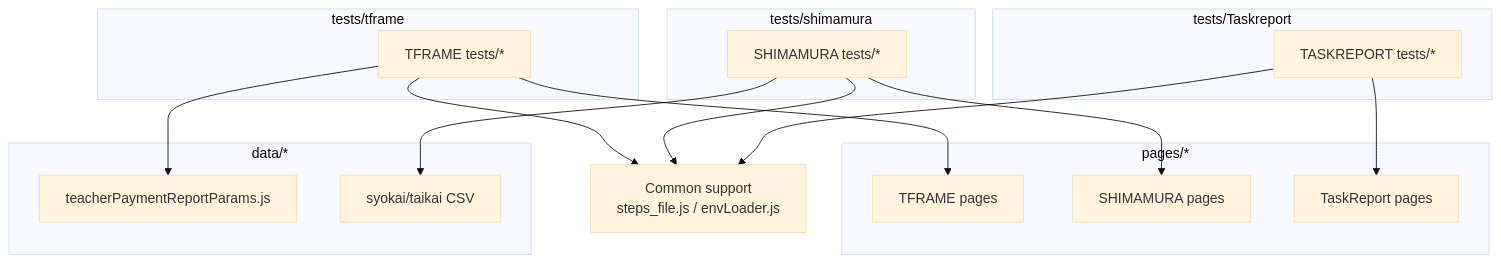
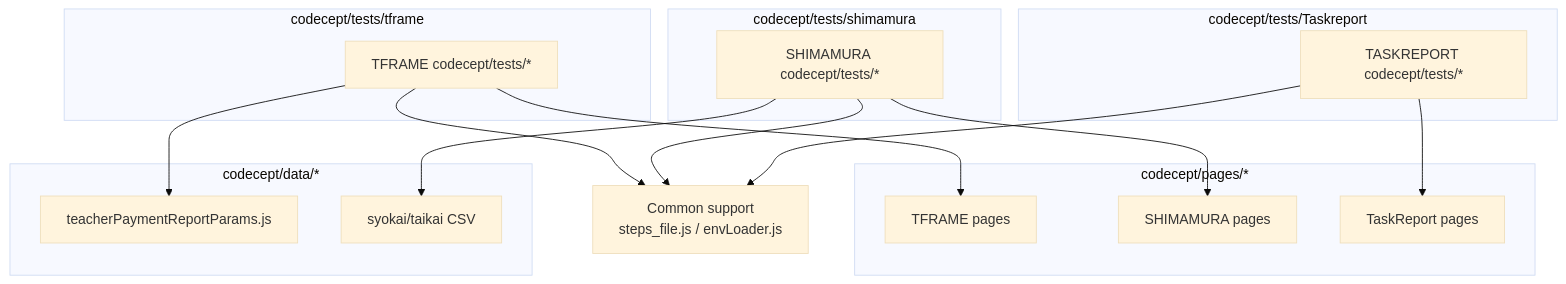
Before and after one commit to kageyama-aoi/e2e: the third of 5 diagrams in docs/common/mermaid_code_relationships.md, drawn with Mermaid (base theme). The commit also changed other lines of this file and 543 other files, not shown here.

First line of the commit message:
refactor(e2e): tests・pages・support・data を codecept/ の下にまとめる #337

````diff
--- a/docs/common/mermaid_code_relationships.md
+++ b/docs/common/mermaid_code_relationships.md
@@ -111,38 +111,38 @@
 ```mermaid
 flowchart TD
-  subgraph TFRAME[tests/tframe]
-    TFRAME_TESTS[TFRAME tests/*]
+  subgraph TFRAME[codecept/tests/tframe]
+    TFRAME_TESTS[TFRAME codecept/tests/*]
   end
 
-  subgraph SHIMAMURA[tests/shimamura]
-    SHIMAMURA_TESTS[SHIMAMURA tests/*]
+  subgraph SHIMAMURA[codecept/tests/shimamura]
+    SHIMAMURA_TESTS[SHIMAMURA codecept/tests/*]
   end
 
-  subgraph TASKREPORT[tests/Taskreport]
-    TASKREPORT_TESTS[TASKREPORT tests/*]
+  subgraph TASKREPORT[codecept/tests/Taskreport]
+    TASKREPORT_TESTS[TASKREPORT codecept/tests/*]
   end
 
-  subgraph PAGES[pages/*]
+  subgraph PAGES[codecept/pages/*]
     P_TFRAME[TFRAME pages]
     P_SHIMAMURA[SHIMAMURA pages]
     P_TASKREPORT[TaskReport pages]
   end
 
-  subgraph DATA[data/*]
+  subgraph DATA[codecept/data/*]
     D_TFRAME[teacherPaymentReportParams.js]
     D_SHIMAMURA[syokai/taikai CSV]
   end
 
   COMMON[Common support\nsteps_file.js / envLoader.js]
 
   TFRAME_TESTS --> P_TFRAME
   TFRAME_TESTS --> D_TFRAME
   TFRAME_TESTS --> COMMON
 
   SHIMAMURA_TESTS --> P_SHIMAMURA
   SHIMAMURA_TESTS --> D_SHIMAMURA
   SHIMAMURA_TESTS --> COMMON
 
   TASKREPORT_TESTS --> P_TASKREPORT
   TASKREPORT_TESTS --> COMMON
 ```
````
